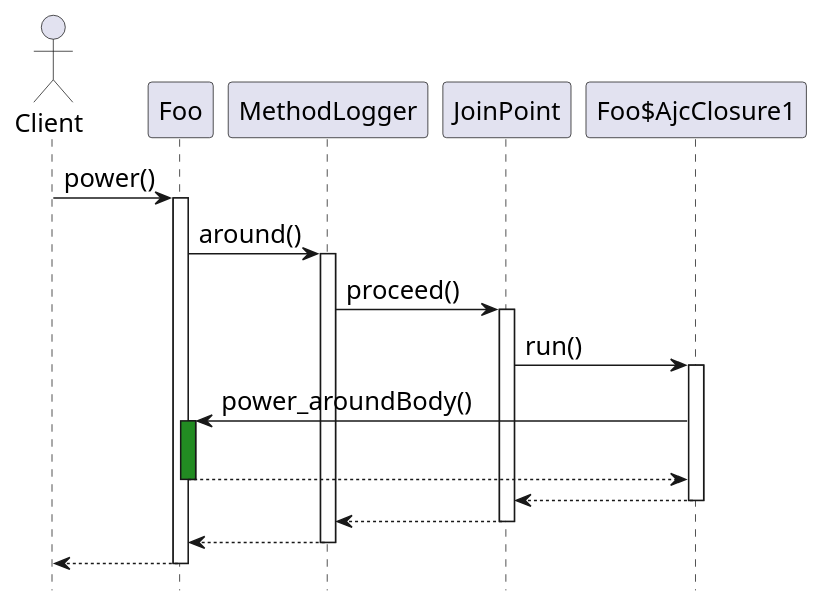
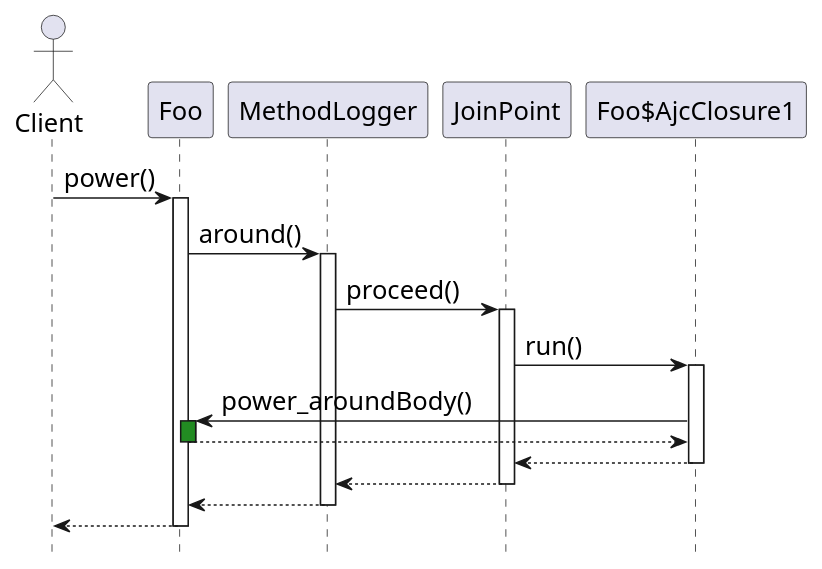
One commit to yegor256/blog changed the diagram in _posts/2014/jun/2014-06-01-aop-aspectj-java-method-logging.md. Above: the diagram before and after it, drawn with PlantUML.

Commit message:
#master: typo

```diff
--- a/_posts/2014/jun/2014-06-01-aop-aspectj-java-method-logging.md
+++ b/_posts/2014/jun/2014-06-01-aop-aspectj-java-method-logging.md
@@ -201,38 +201,37 @@
 {% plantuml %}
 hide footbox
 skinparam sequence {
   ArrowFontName "Courier New"
   ArrowFontSize 17
   ParticipantFontName "Courier New"
   ParticipantFontSize 17
   ActorFontSize 17
 }
 
 actor "Client" as client
 participant "Foo" as foo
 participant "MethodLogger" as aspect
 participant "JoinPoint" as point
 participant "Foo$AjcClosure1" as closure
 
 client -> foo : power()
 activate foo
 foo -> aspect : around()
 activate aspect
 aspect -> point : proceed()
 activate point
 point -> closure : run()
 activate closure
 closure -> foo : power_aroundBody()
 activate foo #228b22
-|||
 foo --> closure
 deactivate foo
 closure --> point
 deactivate closure
 point --> aspect
 deactivate point
 aspect --> foo
 deactivate aspect
 foo --> client
 deactivate foo
 {% endplantuml %}
```
